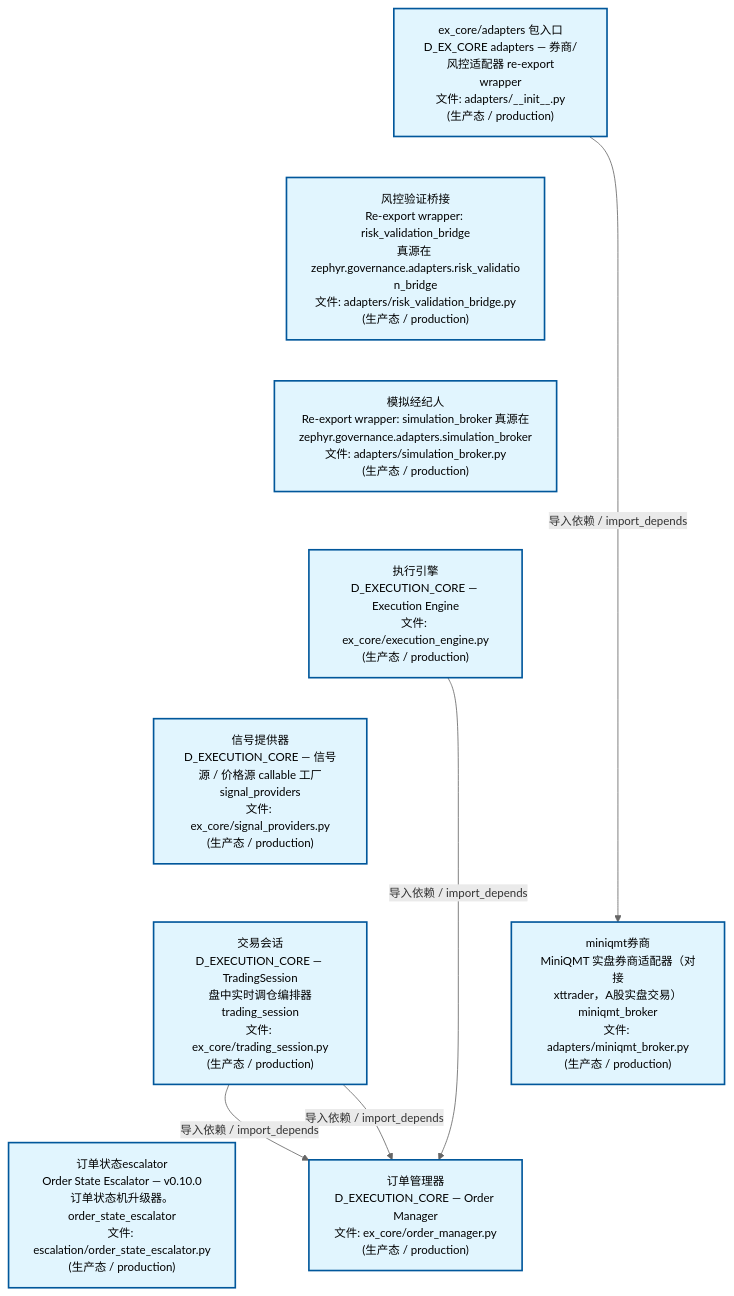
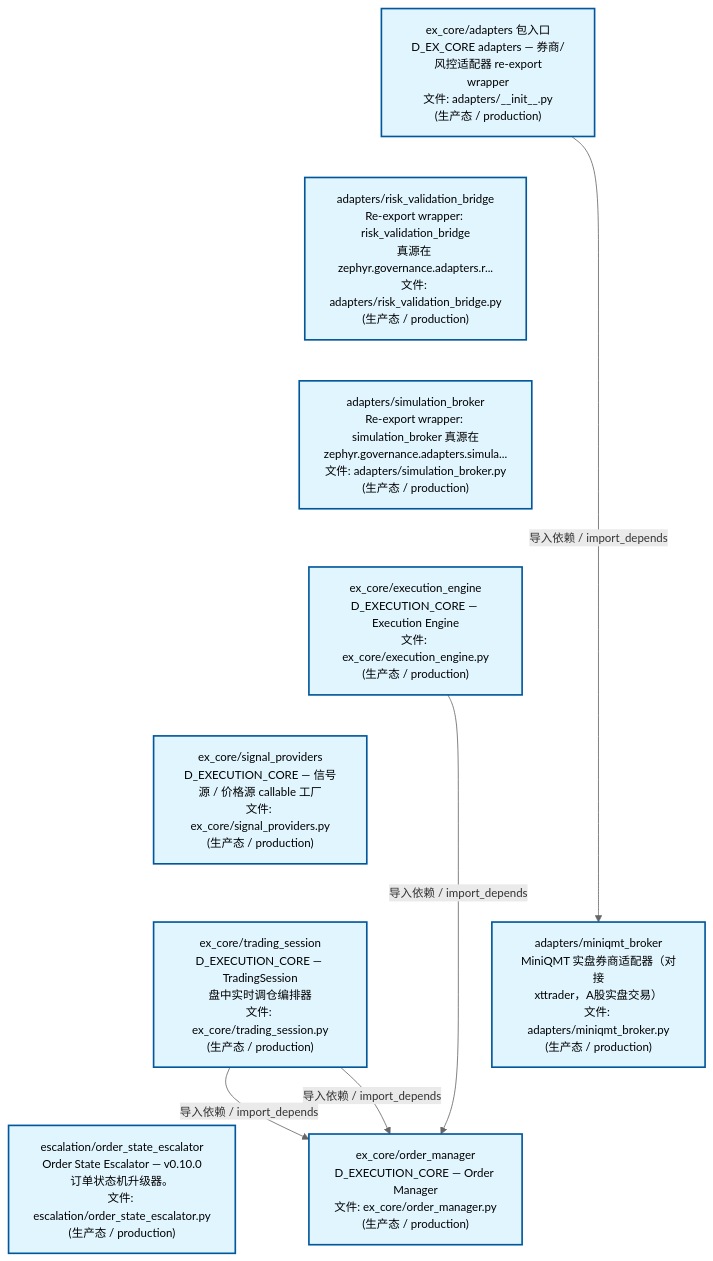
One commit to xuanFelixVan/ZephyrAlpha changed the second of 4 diagrams in docs/02_enterprise_architecture/02_domain_architecture_docs/44_d_ex_core.md. Above: the diagram before and after it, drawn with Mermaid. The commit also changed other lines of this file and 58 other files, not shown here.

````diff
--- a/docs/02_enterprise_architecture/02_domain_architecture_docs/44_d_ex_core.md
+++ b/docs/02_enterprise_architecture/02_domain_architecture_docs/44_d_ex_core.md
@@ -170,29 +170,29 @@
 ```mermaid
 %%{init: {'theme': 'base', 'themeVariables': {'primaryColor': '#eaeaea', 'primaryTextColor': '#333333', 'primaryBorderColor': '#666666', 'lineColor': '#666666', 'secondaryColor': '#eaeaea', 'tertiaryColor': '#eaeaea', 'fontSize': '14px'}}}%%
 flowchart TD
     src_zephyr_ex_core_adapters_init_py["ex_core/adapters 包入口<br/>D_EX_CORE adapters — 券商/风控适配器 re-export<br/>wrapper<br/>文件: adapters/__init__.py<br/>(生产态 / production)"]
-    src_zephyr_ex_core_adapters_risk_validation_bridge_py["风控验证桥接<br/>Re-export wrapper: risk_validation_bridge<br/>真源在 zephyr.governance.adapters.risk_validatio<br/>n_bridge<br/>文件: adapters/risk_validation_bridge.py<br/>(生产态 / production)"]
-    src_zephyr_ex_core_adapters_simulation_broker_py["模拟经纪人<br/>Re-export wrapper: simulation_broker 真源在<br/>zephyr.governance.adapters.simulation_broker<br/>文件: adapters/simulation_broker.py<br/>(生产态 / production)"]
-    src_zephyr_ex_core_execution_engine_py["执行引擎<br/>D_EXECUTION_CORE — Execution Engine<br/>文件: ex_core/execution_engine.py<br/>(生产态 / production)"]
-    src_zephyr_ex_core_signal_providers_py["信号提供器<br/>D_EXECUTION_CORE — 信号源 / 价格源 callable 工厂<br/>signal_providers<br/>文件: ex_core/signal_providers.py<br/>(生产态 / production)"]
-    src_zephyr_ex_core_trading_session_py["交易会话<br/>D_EXECUTION_CORE — TradingSession<br/>盘中实时调仓编排器<br/>trading_session<br/>文件: ex_core/trading_session.py<br/>(生产态 / production)"]
-    src_zephyr_governance_escalation_order_state_escalator_py["订单状态escalator<br/>Order State Escalator — v0.10.0<br/>订单状态机升级器。<br/>order_state_escalator<br/>文件: escalation/order_state_escalator.py<br/>(生产态 / production)"]
+    src_zephyr_ex_core_adapters_risk_validation_bridge_py["adapters/risk_validation_bridge<br/>Re-export wrapper: risk_validation_bridge<br/>真源在 zephyr.governance.adapters.r...<br/>文件: adapters/risk_validation_bridge.py<br/>(生产态 / production)"]
+    src_zephyr_ex_core_adapters_simulation_broker_py["adapters/simulation_broker<br/>Re-export wrapper: simulation_broker 真源在<br/>zephyr.governance.adapters.simula...<br/>文件: adapters/simulation_broker.py<br/>(生产态 / production)"]
+    src_zephyr_ex_core_execution_engine_py["ex_core/execution_engine<br/>D_EXECUTION_CORE — Execution Engine<br/>文件: ex_core/execution_engine.py<br/>(生产态 / production)"]
+    src_zephyr_ex_core_signal_providers_py["ex_core/signal_providers<br/>D_EXECUTION_CORE — 信号源 / 价格源 callable 工厂<br/>文件: ex_core/signal_providers.py<br/>(生产态 / production)"]
+    src_zephyr_ex_core_trading_session_py["ex_core/trading_session<br/>D_EXECUTION_CORE — TradingSession<br/>盘中实时调仓编排器<br/>文件: ex_core/trading_session.py<br/>(生产态 / production)"]
+    src_zephyr_governance_escalation_order_state_escalator_py["escalation/order_state_escalator<br/>Order State Escalator — v0.10.0<br/>订单状态机升级器。<br/>文件: escalation/order_state_escalator.py<br/>(生产态 / production)"]
     src_zephyr_ex_core_adapters_init_py ~~~ src_zephyr_ex_core_adapters_risk_validation_bridge_py
     src_zephyr_ex_core_adapters_risk_validation_bridge_py ~~~ src_zephyr_ex_core_adapters_simulation_broker_py
     src_zephyr_ex_core_adapters_simulation_broker_py ~~~ src_zephyr_ex_core_execution_engine_py
     src_zephyr_ex_core_execution_engine_py ~~~ src_zephyr_ex_core_signal_providers_py
     src_zephyr_ex_core_signal_providers_py ~~~ src_zephyr_ex_core_trading_session_py
     src_zephyr_ex_core_trading_session_py ~~~ src_zephyr_governance_escalation_order_state_escalator_py
-    src_zephyr_ex_core_adapters_miniqmt_broker_py["miniqmt券商<br/>MiniQMT 实盘券商适配器（对接<br/>xttrader，A股实盘交易）<br/>miniqmt_broker<br/>文件: adapters/miniqmt_broker.py<br/>(生产态 / production)"]
-    src_zephyr_ex_core_order_manager_py["订单管理器<br/>D_EXECUTION_CORE — Order Manager<br/>文件: ex_core/order_manager.py<br/>(生产态 / production)"]
+    src_zephyr_ex_core_adapters_miniqmt_broker_py["adapters/miniqmt_broker<br/>MiniQMT 实盘券商适配器（对接<br/>xttrader，A股实盘交易）<br/>文件: adapters/miniqmt_broker.py<br/>(生产态 / production)"]
+    src_zephyr_ex_core_order_manager_py["ex_core/order_manager<br/>D_EXECUTION_CORE — Order Manager<br/>文件: ex_core/order_manager.py<br/>(生产态 / production)"]
     src_zephyr_ex_core_adapters_miniqmt_broker_py ~~~ src_zephyr_ex_core_order_manager_py
     src_zephyr_ex_core_execution_engine_py -->|导入依赖 / import_depends| src_zephyr_ex_core_order_manager_py
     src_zephyr_ex_core_adapters_init_py -->|导入依赖 / import_depends| src_zephyr_ex_core_adapters_miniqmt_broker_py
     src_zephyr_ex_core_trading_session_py -->|导入依赖 / import_depends| src_zephyr_ex_core_order_manager_py
     src_zephyr_ex_core_trading_session_py -->|导入依赖 / import_depends| src_zephyr_ex_core_order_manager_py
     classDef production fill:#e1f5fe,stroke:#01579b,stroke-width:2px,color:#000
     classDef design fill:#fff3e0,stroke:#e65100,stroke-width:2px,color:#000,stroke-dasharray: 5 5
     classDef external_prod fill:#e8f4fd,stroke:#0277bd,stroke-width:1px,color:#000
     classDef external_design fill:#fff8e7,stroke:#ef6c00,stroke-width:1px,color:#000,stroke-dasharray: 5 5
     class src_zephyr_ex_core_adapters_init_py,src_zephyr_ex_core_adapters_miniqmt_broker_py,src_zephyr_ex_core_adapters_risk_validation_bridge_py,src_zephyr_ex_core_adapters_simulation_broker_py,src_zephyr_ex_core_execution_engine_py,src_zephyr_ex_core_order_manager_py,src_zephyr_ex_core_signal_providers_py,src_zephyr_ex_core_trading_session_py,src_zephyr_governance_escalation_order_state_escalator_py production
 ```
````
